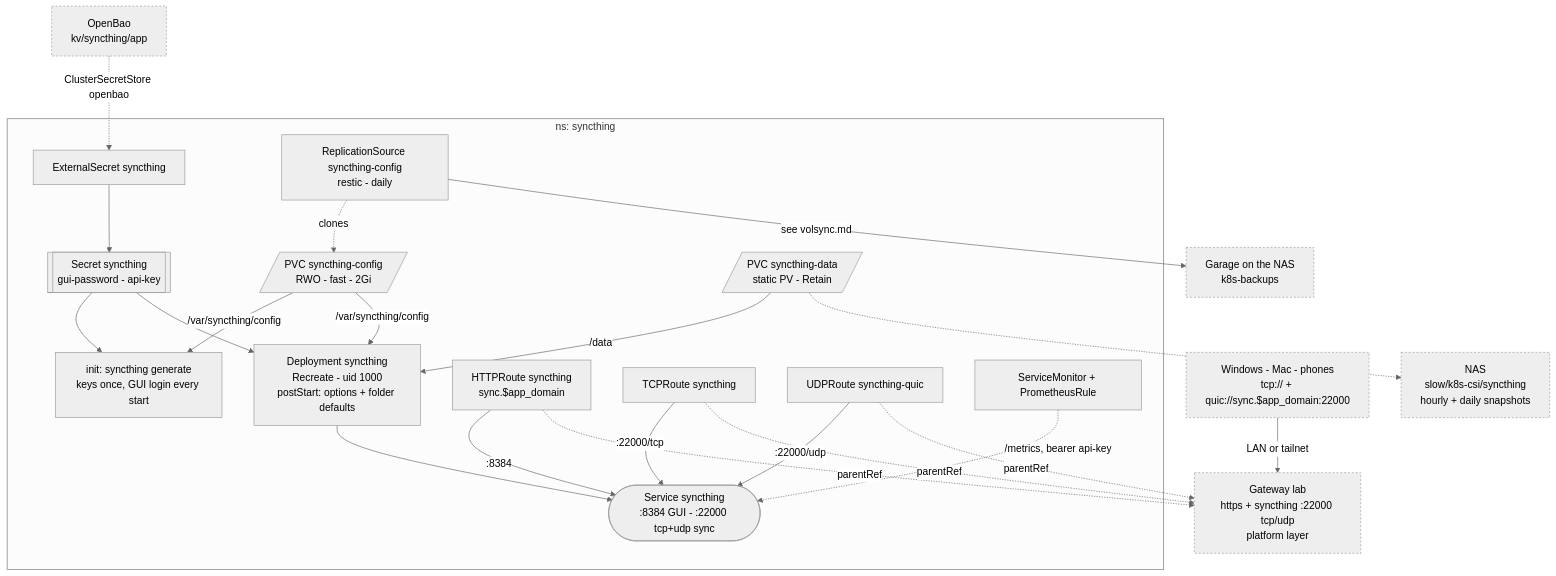
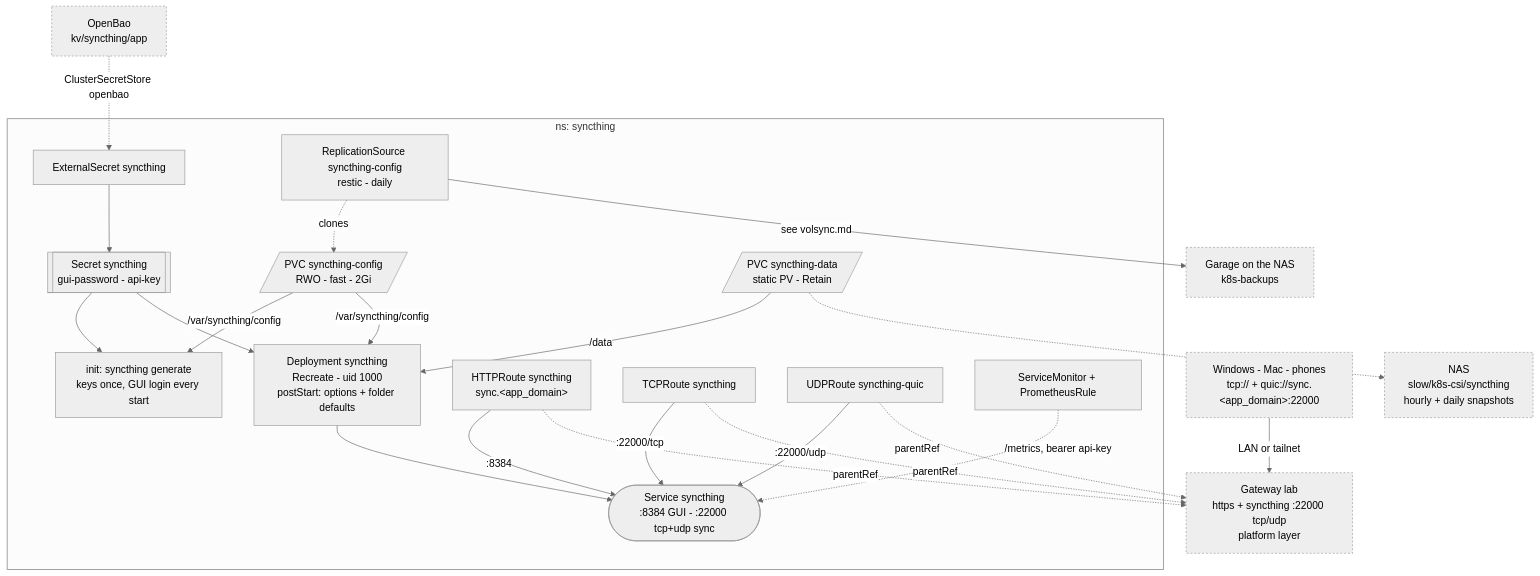
The diagram in docs/syncthing.md (Sojamann/homelab-apps), drawn with Mermaid (neutral theme) before and after one commit. The commit also changed other lines of this file and 16 other files, not shown here.

````diff
--- a/docs/syncthing.md
+++ b/docs/syncthing.md
@@ -9,27 +6,27 @@
 ```mermaid
 graph TD
   subgraph st["ns: syncthing"]
     ES["ExternalSecret syncthing"] --> SEC[["Secret syncthing<br/>gui-password - api-key"]]
     INIT["init: syncthing generate<br/>keys once, GUI login every start"]
     SRV["Deployment syncthing<br/>Recreate - uid 1000<br/>postStart: options + folder defaults"]
     SVC(["Service syncthing<br/>:8384 GUI - :22000 tcp+udp sync"])
     SRV --> SVC
     CFG[/"PVC syncthing-config<br/>RWO - fast - 2Gi"/] -->|/var/syncthing/config| INIT & SRV
     DATA[/"PVC syncthing-data<br/>static PV - Retain"/] -->|/data| SRV
     RS["ReplicationSource syncthing-config<br/>restic - daily"] -.->|clones| CFG
     SEC --> INIT & SRV
-    HR["HTTPRoute syncthing<br/>sync.$app_domain"] -->|:8384| SVC
+    HR["HTTPRoute syncthing<br/>sync.&lt;app_domain&gt;"] -->|:8384| SVC
     TR["TCPRoute syncthing"] -->|:22000/tcp| SVC
     UR["UDPRoute syncthing-quic"] -->|:22000/udp| SVC
     SM["ServiceMonitor + PrometheusRule"] -.->|/metrics, bearer api-key| SVC
   end
 
-  DEV["Windows - Mac - phones<br/>tcp:// + quic://sync.$app_domain:22000"] -->|LAN or tailnet| GW
+  DEV["Windows - Mac - phones<br/>tcp:// + quic://sync.&lt;app_domain&gt;:22000"] -->|LAN or tailnet| GW
   HR & TR & UR -.->|parentRef| GW["Gateway lab<br/>https + syncthing :22000 tcp/udp<br/>platform layer"]
   BAO["OpenBao<br/>kv/syncthing/app"] -.->|ClusterSecretStore openbao| ES
   DATA -.-> NAS["NAS<br/>slow/k8s-csi/syncthing<br/>hourly + daily snapshots"]
   RS -->|see volsync.md| GA["Garage on the NAS<br/>k8s-backups"]
 
   classDef ext fill:#eee,stroke:#999,stroke-dasharray:3 3;
   class GW,BAO,GA,NAS,DEV ext;
 ```
````
